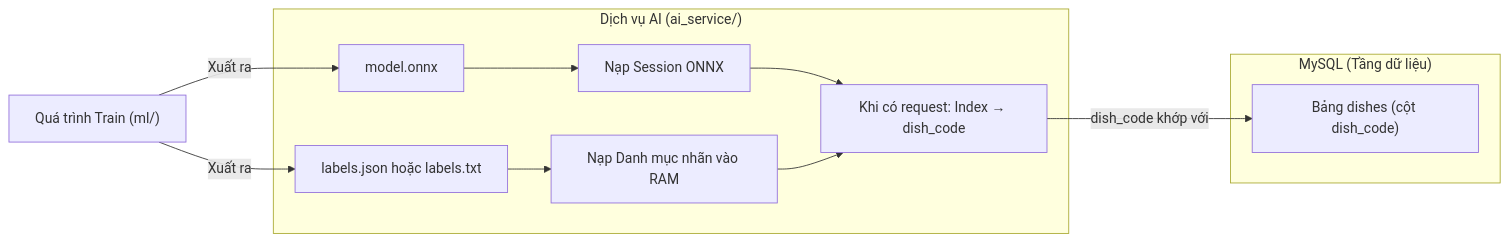
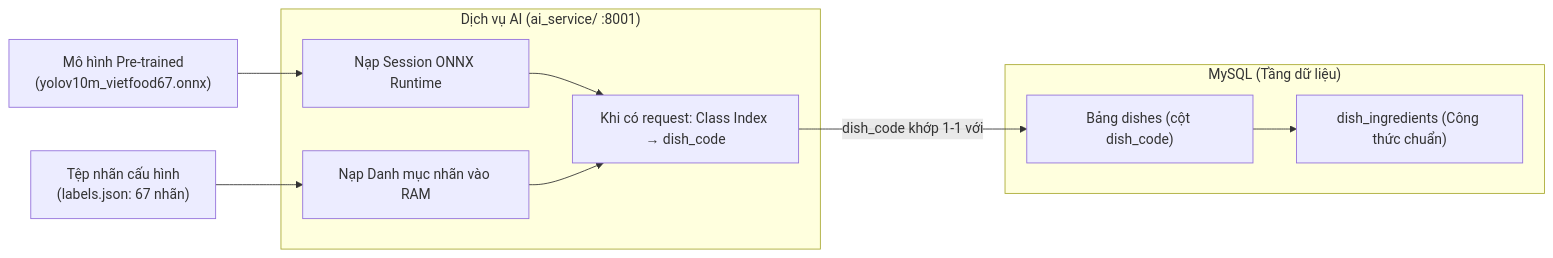
The third of 4 diagrams in docs/02_elaboration/02_ai_service_poc.md (TheUn4given123jkbkjs/FlexiDiet), drawn with Mermaid before and after one commit. The commit also changed other lines of this file and 1 other file, not shown here.

Commit message:
docs: chuyen doi toan bo sang su dung mo hinh pre-trained YOLOv10m VietFood-67 ONNX thay cho tu huan luyen

````diff
--- a/docs/02_elaboration/02_ai_service_poc.md
+++ b/docs/02_elaboration/02_ai_service_poc.md
@@ -117,15 +117,14 @@
 ```mermaid
 flowchart LR
-    A["Quá trình Train (ml/)"] -->|Xuất ra| B["model.onnx"]
-    A -->|Xuất ra| C["labels.json hoặc labels.txt"]
+    M["Mô hình Pre-trained<br/>(yolov10m_vietfood67.onnx)"] --> LOAD_M["Nạp Session ONNX Runtime"]
+    L["Tệp nhãn cấu hình<br/>(labels.json: 67 nhãn)"] --> LOAD_L["Nạp Danh mục nhãn vào RAM"]
     
-    subgraph AI_SERVICE["Dịch vụ AI (ai_service/)"]
-        B --> LOAD_M["Nạp Session ONNX"]
-        C --> LOAD_L["Nạp Danh mục nhãn vào RAM"]
-        LOAD_M & LOAD_L --> INFER["Khi có request: Index → dish_code"]
+    subgraph AI_SERVICE["Dịch vụ AI (ai_service/ :8001)"]
+        LOAD_M & LOAD_L --> INFER["Khi có request: Class Index → dish_code"]
     end
     
     subgraph DB["MySQL (Tầng dữ liệu)"]
-        INFER -->|dish_code khớp với| DISH["Bảng dishes (cột dish_code)"]
+        INFER -->|dish_code khớp 1-1 với| DISH["Bảng dishes (cột dish_code)"]
+        DISH --> RECIPE["dish_ingredients (Công thức chuẩn)"]
     end
 ```
````
